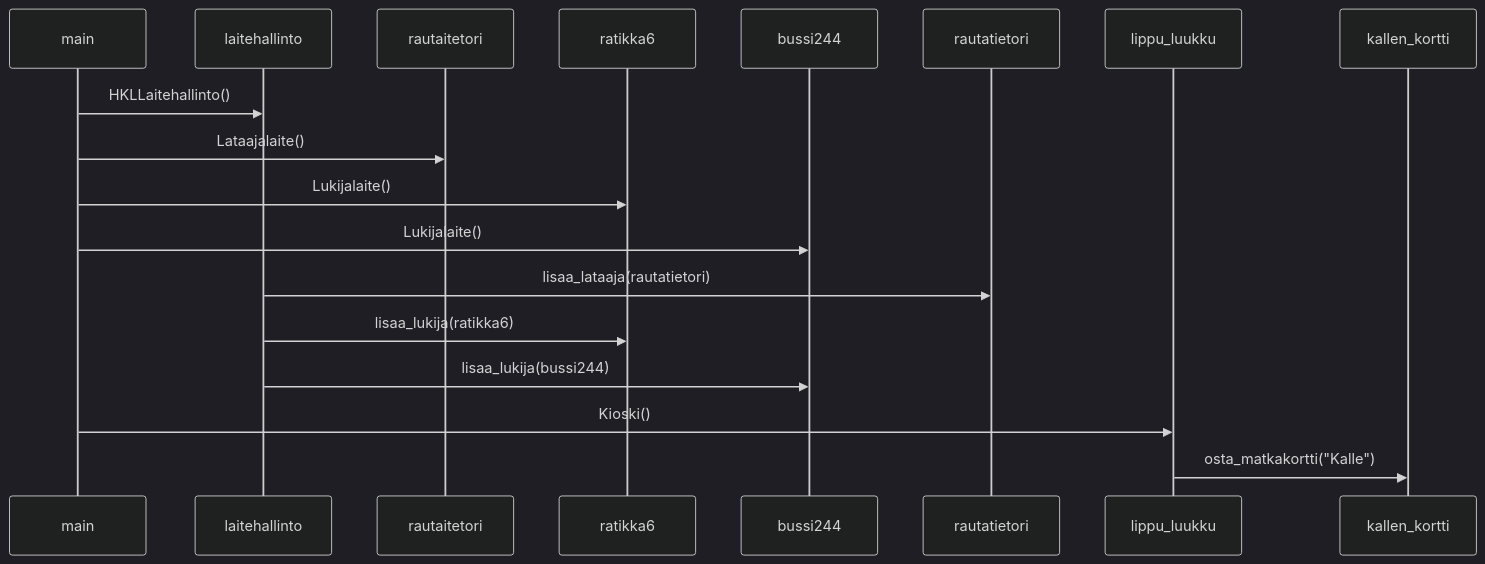
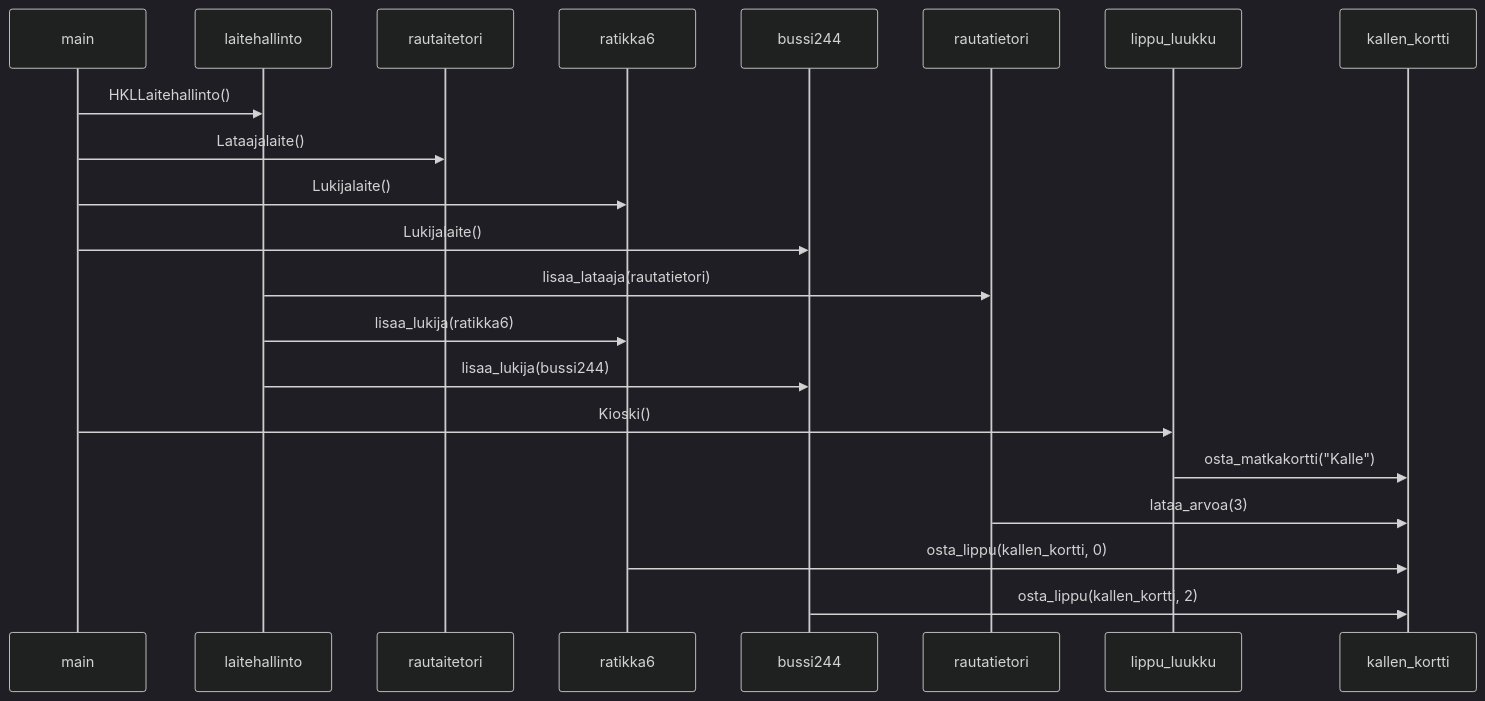
Before and after one commit to annica-henriette/ot-harjoitustyo: the diagram in laskarit/viikko3/sekvenssikaavio.md, drawn with Mermaid (dark theme).

Commit message:
added sequence diagram

````diff
--- a/laskarit/viikko3/sekvenssikaavio.md
+++ b/laskarit/viikko3/sekvenssikaavio.md
@@ -1,14 +1,17 @@
 ```mermaid
 sequenceDiagram
     participant main
     
     main->>laitehallinto: HKLLaitehallinto()
     main->>rautaitetori: Lataajalaite()
     main->>ratikka6: Lukijalaite()
     main->>bussi244: Lukijalaite()
     laitehallinto->>rautatietori: lisaa_lataaja(rautatietori)
     laitehallinto->>ratikka6: lisaa_lukija(ratikka6)
     laitehallinto->>bussi244: lisaa_lukija(bussi244)
     main->>lippu_luukku: Kioski()
     lippu_luukku->>kallen_kortti: osta_matkakortti("Kalle")
+    rautatietori->>kallen_kortti: lataa_arvoa(3)
+    ratikka6->>kallen_kortti: osta_lippu(kallen_kortti, 0)
+    bussi244->>kallen_kortti: osta_lippu(kallen_kortti, 2)
 ```
````
